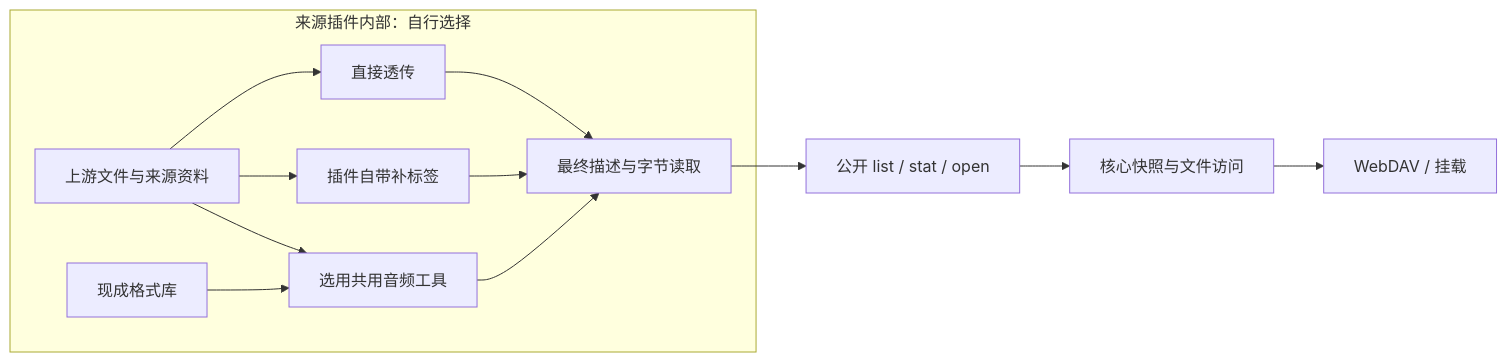
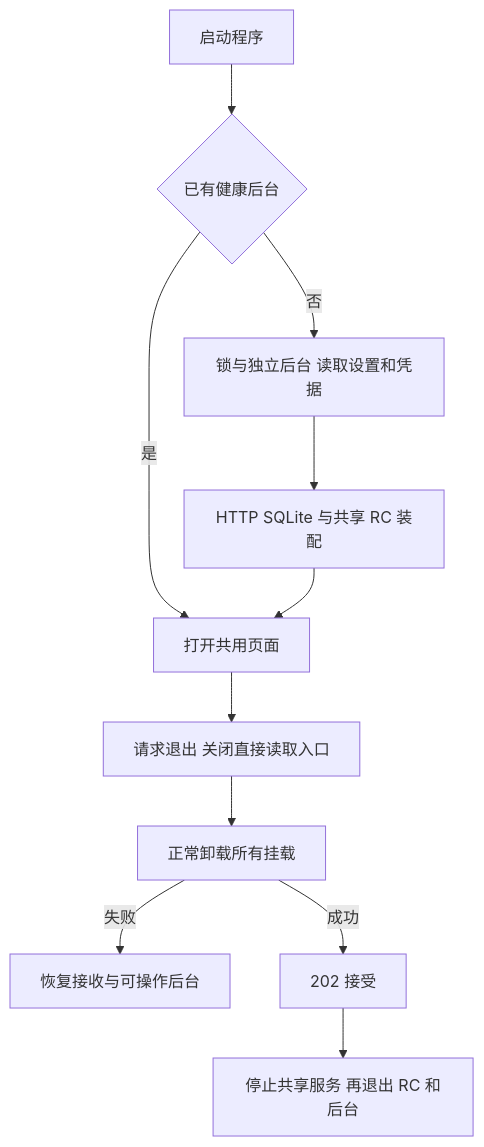
Before and after one commit to shengyusi-SYS/musicfs: diagram 13 of 13 in docs/architecture/diagrams.md, drawn with Mermaid. The commit also changed other lines of this file and 23 other files, not shown here.

Commit message:
docs: consolidate MusicFS architecture and reusable lessons

````diff
--- a/docs/architecture/diagrams.md
+++ b/docs/architecture/diagrams.md
@@ -580,16 +303,13 @@
 ```mermaid
-flowchart LR
-  subgraph P[来源插件内部：自行选择]
-    O[上游文件与来源资料]
-    O --> A[直接透传]
-    O --> B[插件自带补标签]
-    O --> C[选用共用音频工具]
-    T[现成格式库] --> C
-    A --> F[最终描述与字节读取]
-    B --> F
-    C --> F
-  end
-  F --> I[公开 list / stat / open]
-  I --> L[核心快照与文件访问]
-  L --> D[WebDAV / 挂载]
+flowchart TD
+  Launch[启动程序] --> Identity{已有健康后台}
+  Identity -->|是| UI[打开共用页面]
+  Identity -->|否| Start[锁与独立后台 读取设置和凭据]
+  Start --> Listen[HTTP SQLite 与共享 RC 装配]
+  Listen --> UI
+  UI --> Quit[请求退出 关闭直接读取入口]
+  Quit --> Unmount[正常卸载所有挂载]
+  Unmount -->|失败| Resume[恢复接收与可操作后台]
+  Unmount -->|成功| Accept[202 接受]
+  Accept --> Close[停止共享服务 再退出 RC 和后台]
 ```
````
